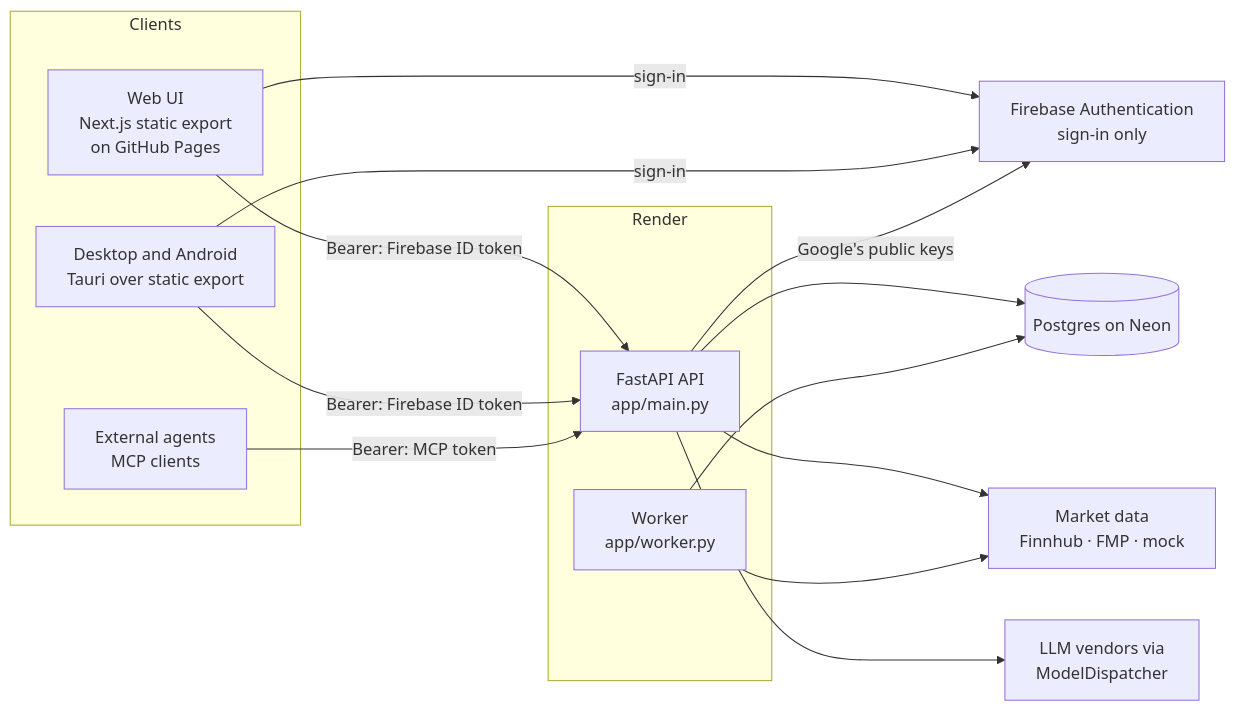
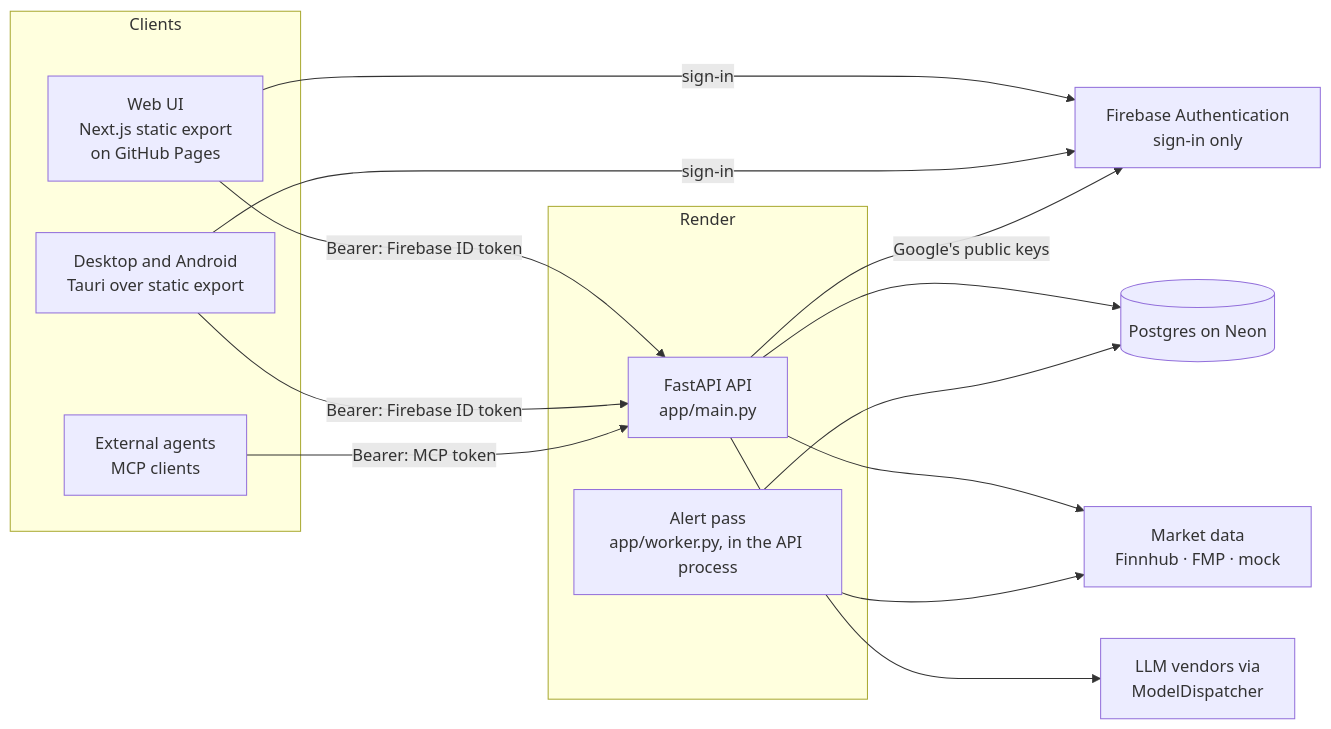
Before and after one commit to joka-7/MoatMine: the first of 2 diagrams in docs/HLD.md, drawn with Mermaid. The commit also changed other lines of this file and 15 other files, not shown here.

First line of the commit message:
build(render)!: run free: one web service, hourly alert pass from GitHub

````diff
--- a/docs/HLD.md
+++ b/docs/HLD.md
@@ -55,27 +55,27 @@
 ```mermaid
 flowchart LR
   subgraph Clients
     W[Web UI<br/>Next.js static export<br/>on GitHub Pages]
     D[Desktop and Android<br/>Tauri over static export]
     X[External agents<br/>MCP clients]
   end
   subgraph Render
     API[FastAPI API<br/>app/main.py]
-    WK[Worker<br/>app/worker.py]
+    WK[Alert pass<br/>app/worker.py, in the API process]
   end
   PG[(Postgres on Neon)]
   CL[Firebase Authentication<br/>sign-in only]
   MD[Market data<br/>Finnhub · FMP · mock]
   AI[LLM vendors via<br/>ModelDispatcher]
 
   W -->|Bearer: Firebase ID token| API
   D -->|Bearer: Firebase ID token| API
   W & D -->|sign-in| CL
   API -->|Google's public keys| CL
   X -->|Bearer: MCP token| API
   API --> PG
   WK --> PG
   API --> MD
   WK --> MD
   API --> AI
 ```
````
